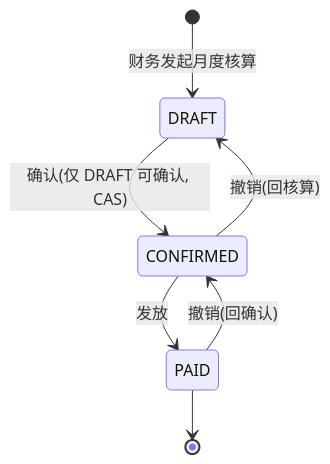
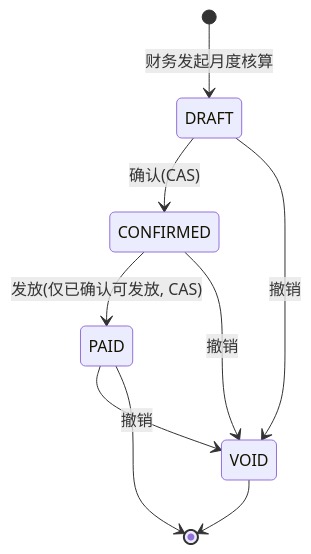
The sixth of 9 diagrams in docs/thesis/04-第3章-系统需求分析与总体设计.md (BYNekoNay/educational-administration), drawn with Mermaid before and after one commit. The commit also changed other lines of this file and 6 other files, not shown here.

````diff
--- a/docs/thesis/04-第3章-系统需求分析与总体设计.md
+++ b/docs/thesis/04-第3章-系统需求分析与总体设计.md
@@ -206,9 +206,11 @@
 ```mermaid
 stateDiagram-v2
     [*] --> DRAFT: 财务发起月度核算
-    DRAFT --> CONFIRMED: 确认(仅 DRAFT 可确认, CAS)
-    CONFIRMED --> PAID: 发放
+    DRAFT --> CONFIRMED: 确认(CAS)
+    CONFIRMED --> PAID: 发放(仅已确认可发放, CAS)
+    DRAFT --> VOID: 撤销
+    CONFIRMED --> VOID: 撤销
+    PAID --> VOID: 撤销
     PAID --> [*]
-    CONFIRMED --> DRAFT: 撤销(回核算)
-    PAID --> CONFIRMED: 撤销(回确认)
+    VOID --> [*]
 ```
````
